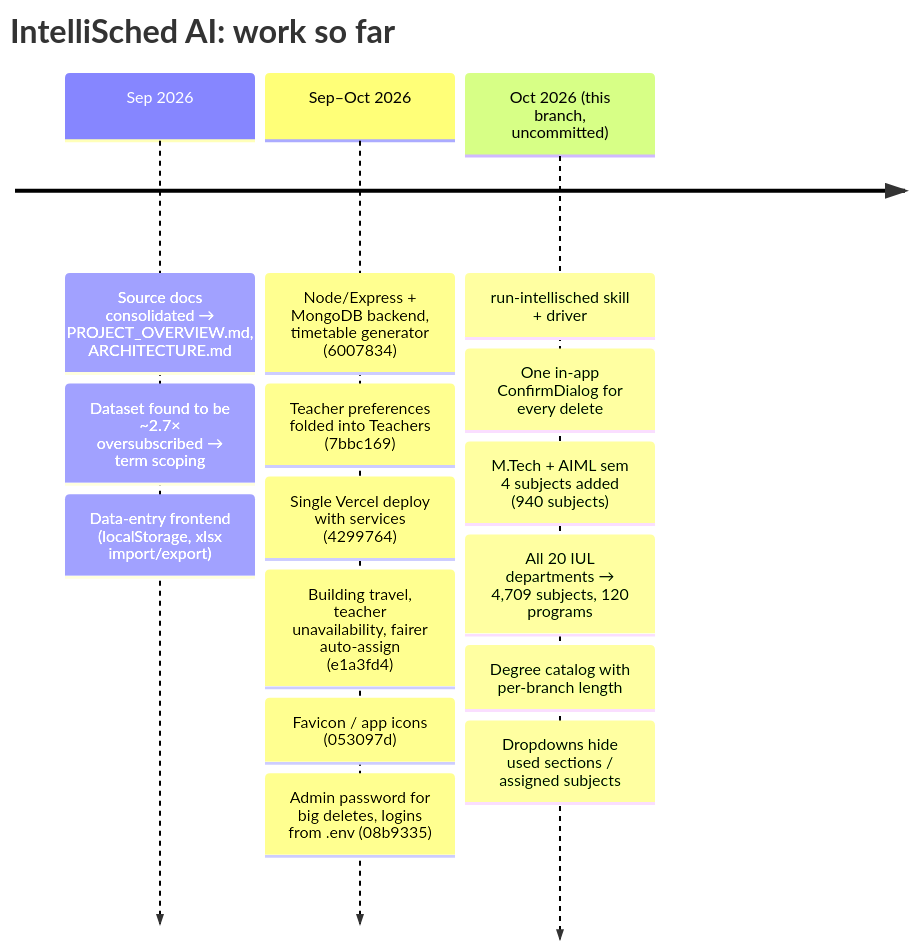
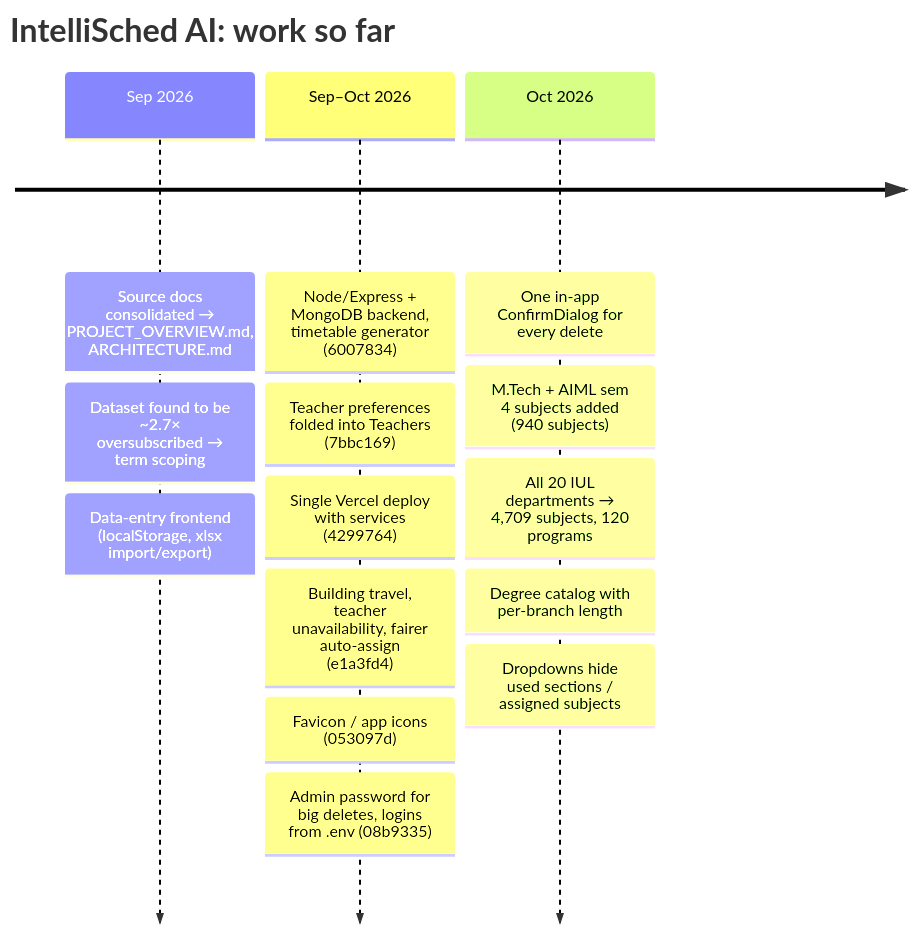
One commit to maroofkhan000/IntelliSched-Ai- changed the fourth of 4 diagrams in FLOW.md. Above: the diagram before and after it, drawn with Mermaid. The commit also changed other lines of this file and 2 other files, not shown here.

Commit message:
Keep local tool files out of the repo; tidy decision log and flow docs

````diff
--- a/FLOW.md
+++ b/FLOW.md
@@ -104,19 +104,18 @@
 ```mermaid
 timeline
     title IntelliSched AI: work so far
     Sep 2026 : Source docs consolidated → PROJECT_OVERVIEW.md, ARCHITECTURE.md
              : Dataset found to be ~2.7× oversubscribed → term scoping
              : Data-entry frontend (localStorage, xlsx import/export)
     Sep–Oct 2026 : Node/Express + MongoDB backend, timetable generator (6007834)
                  : Teacher preferences folded into Teachers (7bbc169)
                  : Single Vercel deploy with services (4299764)
                  : Building travel, teacher unavailability, fairer auto-assign (e1a3fd4)
                  : Favicon / app icons (053097d)
                  : Admin password for big deletes, logins from .env (08b9335)
-    Oct 2026 (this branch, uncommitted) : run-intellisched skill + driver
-                                        : One in-app ConfirmDialog for every delete
+    Oct 2026 : One in-app ConfirmDialog for every delete
                                         : M.Tech + AIML sem 4 subjects added (940 subjects)
                                         : All 20 IUL departments → 4,709 subjects, 120 programs
                                         : Degree catalog with per-branch length
                                         : Dropdowns hide used sections / assigned subjects
 ```
````
